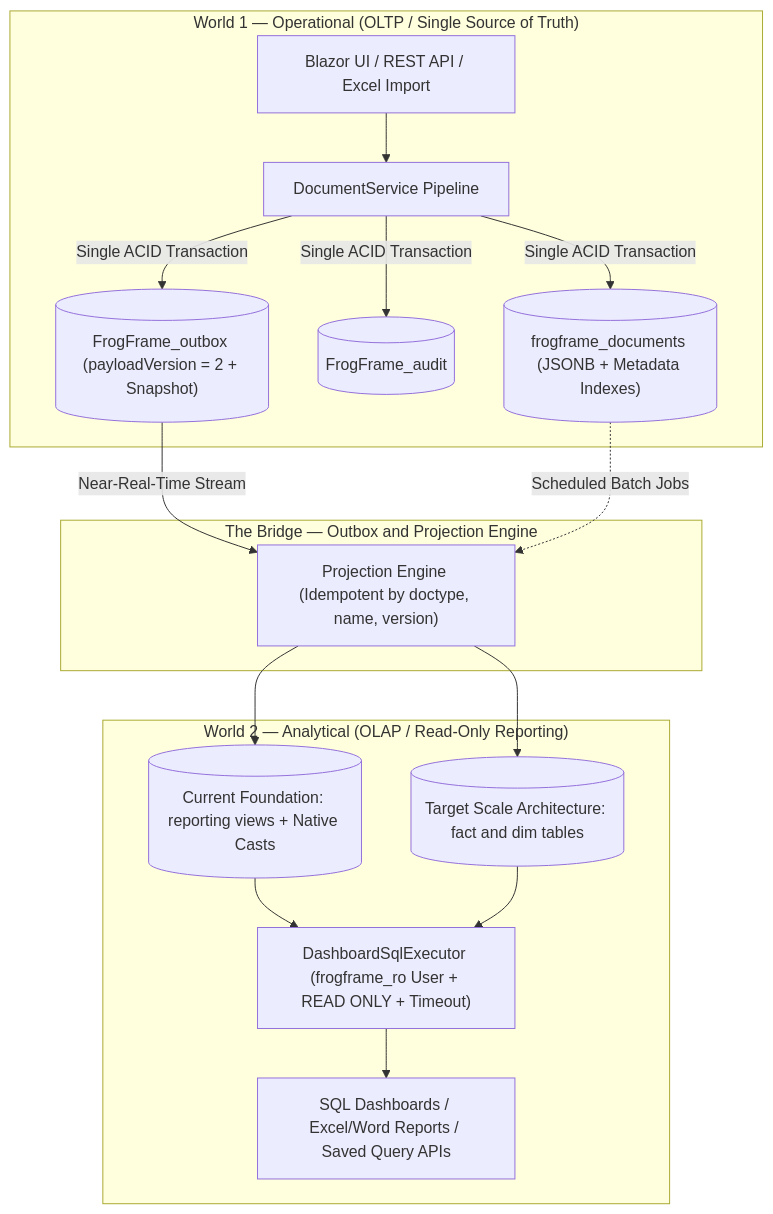
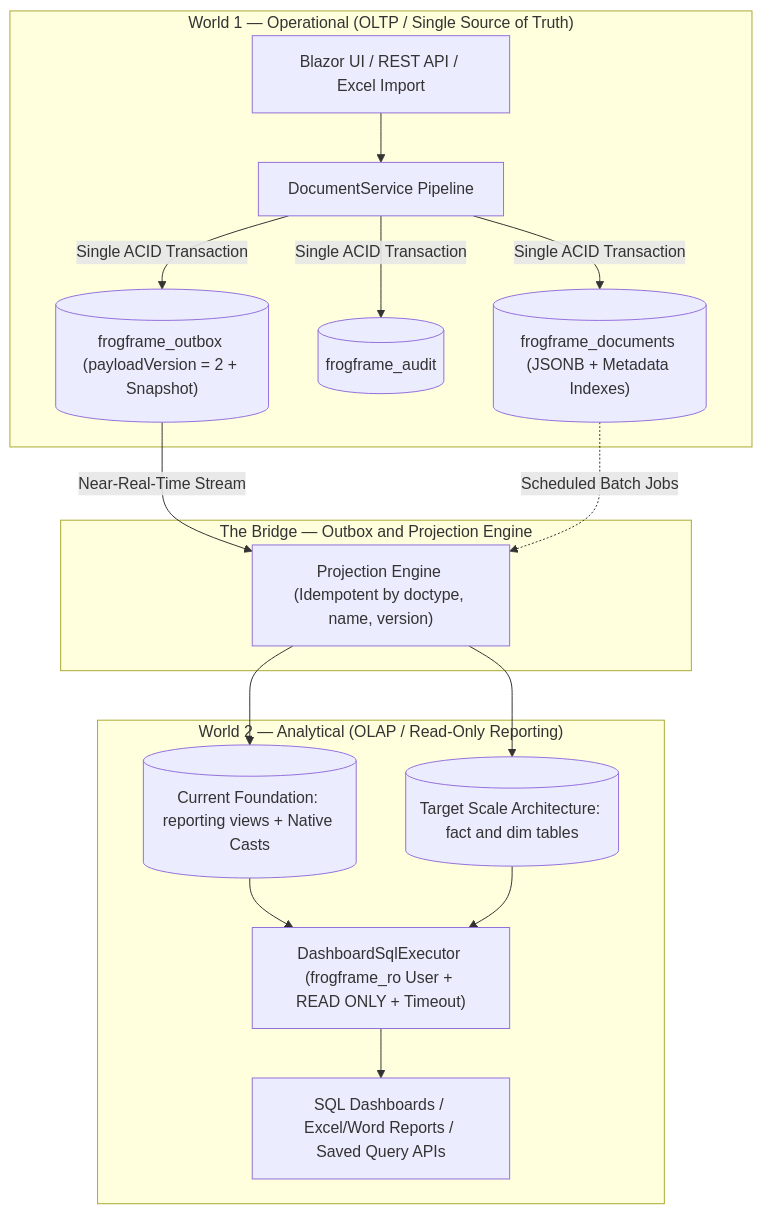
The first of 2 diagrams in docs/PROJECT_STRUCTURE.md (frogframework-admin/frogframe), drawn with Mermaid before and after one commit. The commit also changed other lines of this file and 37 other files, not shown here.

Commit message:
docs: rebrand to FrogFramework, highlight Two Worlds architecture, and add logo

````diff
--- a/docs/PROJECT_STRUCTURE.md
+++ b/docs/PROJECT_STRUCTURE.md
@@ -85,22 +85,22 @@
 ```mermaid
 flowchart TB
     subgraph W1["World 1 — Operational (OLTP / Single Source of Truth)"]
         UI["Blazor UI / REST API / Excel Import"] --> DS["DocumentService Pipeline"]
         DS -->|"Single ACID Transaction"| DOC[("frogframe_documents (JSONB + Metadata Indexes)")]
-        DS -->|"Single ACID Transaction"| AUD[("FrogFrame_audit")]
-        DS -->|"Single ACID Transaction"| OUT[("FrogFrame_outbox (payloadVersion = 2 + Snapshot)")]
+        DS -->|"Single ACID Transaction"| AUD[("frogframe_audit")]
+        DS -->|"Single ACID Transaction"| OUT[("frogframe_outbox (payloadVersion = 2 + Snapshot)")]
     end
 
     subgraph Bridge["The Bridge — Outbox and Projection Engine"]
         OUT -->|"Near-Real-Time Stream"| PROJ["Projection Engine (Idempotent by doctype, name, version)"]
         DOC -.->|"Scheduled Batch Jobs"| PROJ
     end
 
     subgraph W2["World 2 — Analytical (OLAP / Read-Only Reporting)"]
         PROJ --> VIEWS[("Current Foundation: reporting views + Native Casts")]
         PROJ --> STAR[("Target Scale Architecture: fact and dim tables")]
         VIEWS --> EXEC["DashboardSqlExecutor (frogframe_ro User + READ ONLY + Timeout)"]
         STAR --> EXEC
         EXEC --> CONSUMERS["SQL Dashboards / Excel/Word Reports / Saved Query APIs"]
     end
 ```
````
